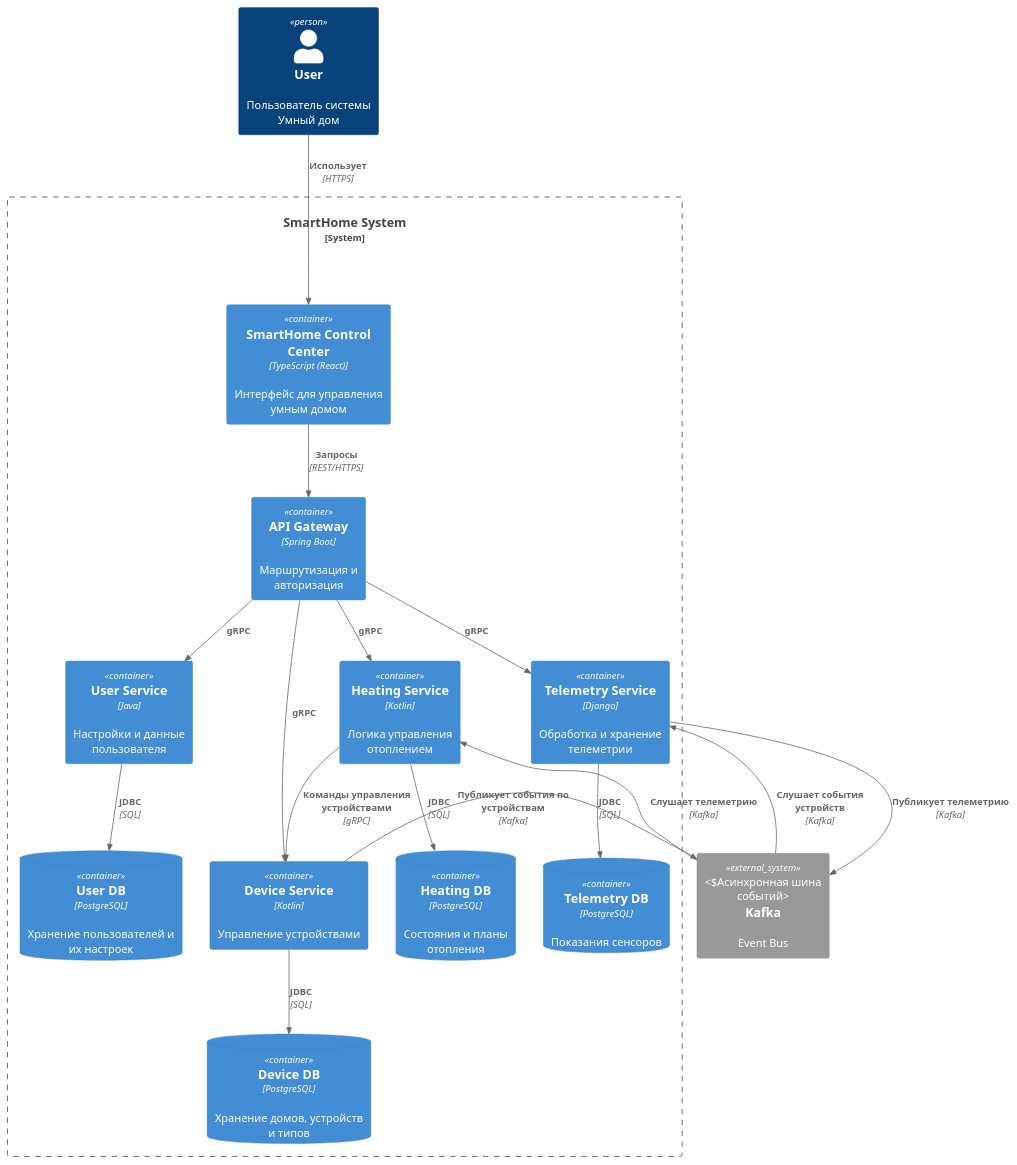
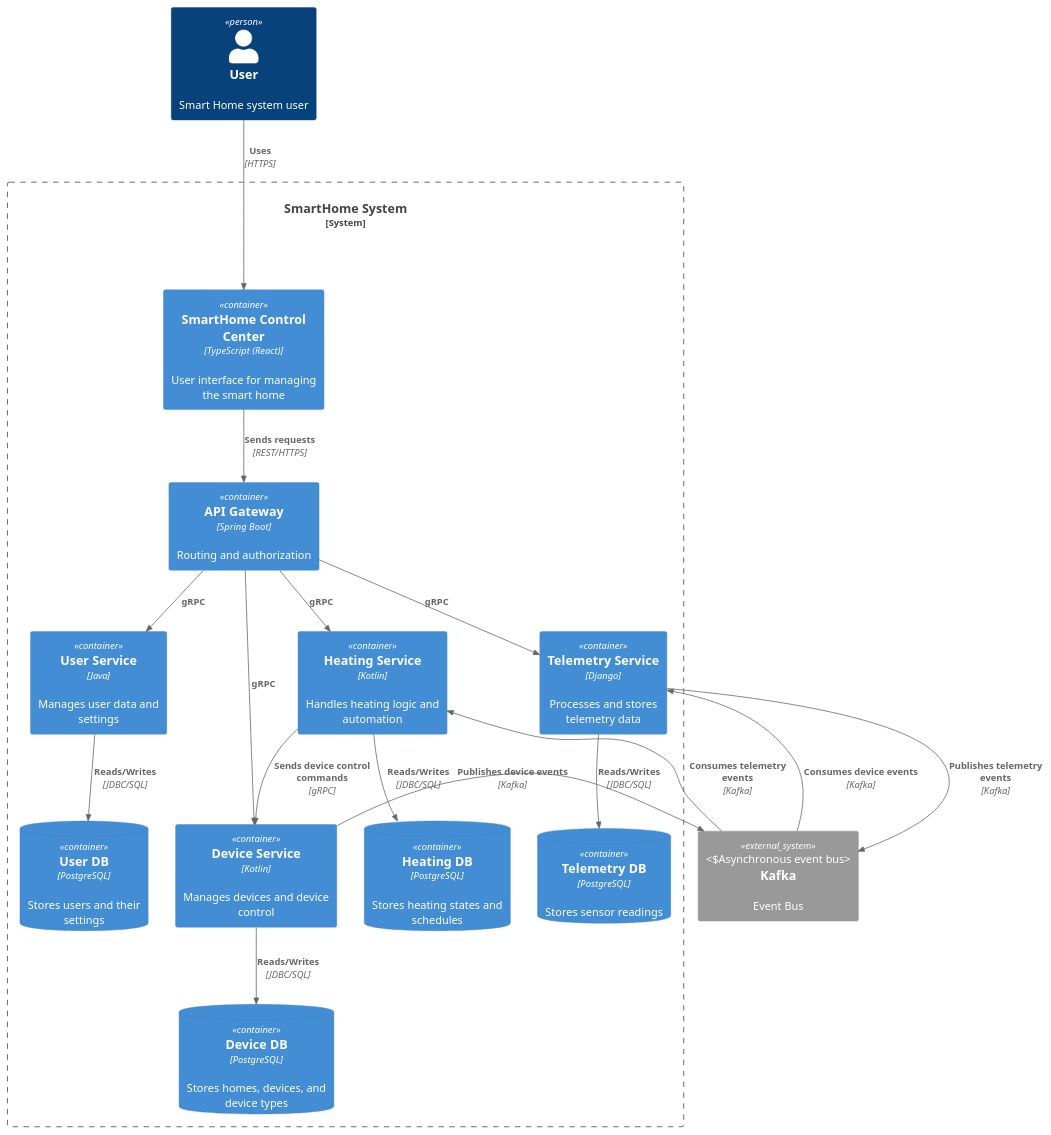
Before and after one commit to vladislavego/architecture-warmhouse: the diagram in docs/diagrams/container/WarmHouse_Container.puml, drawn with PlantUML. The commit also changed 13 other files, not shown here.

```diff
--- a/docs/diagrams/container/WarmHouse_Container.puml
+++ b/docs/diagrams/container/WarmHouse_Container.puml
@@ -1,47 +1,46 @@
 @startuml Warmhouse_Container
 !includeurl https://raw.githubusercontent.com/plantuml-stdlib/C4-PlantUML/master/C4_Container.puml
 
-Person(user, "User", "Пользователь системы Умный дом")
+Person(user, "User", "Smart Home system user")
 
 System_Boundary(warmhouse, "SmartHome System") {
 
-    Container(frontend, "SmartHome Control Center", "TypeScript (React)", "Интерфейс для управления умным домом")
+    Container(frontend, "SmartHome Control Center", "TypeScript (React)", "User interface for managing the smart home")
 
-    Container(api, "API Gateway", "Spring Boot", "Маршрутизация и авторизация")
+    Container(api, "API Gateway", "Spring Boot", "Routing and authorization")
 
-    Container(userService, "User Service", "Java", "Настройки и данные пользователя")
-    Container(deviceService, "Device Service", "Kotlin", "Управление устройствами")
-    Container(heatingService, "Heating Service", "Kotlin", "Логика управления отоплением")
-    Container(telemetryService, "Telemetry Service", "Django", "Обработка и хранение телеметрии")
+    Container(userService, "User Service", "Java", "Manages user data and settings")
+    Container(deviceService, "Device Service", "Kotlin", "Manages devices and device control")
+    Container(heatingService, "Heating Service", "Kotlin", "Handles heating logic and automation")
+    Container(telemetryService, "Telemetry Service", "Django", "Processes and stores telemetry data")
 
-    ContainerDb(userDb, "User DB", "PostgreSQL", "Хранение пользователей и их настроек")
-    ContainerDb(deviceDb, "Device DB", "PostgreSQL", "Хранение домов, устройств и типов")
-    ContainerDb(heatingDb, "Heating DB", "PostgreSQL", "Состояния и планы отопления")
-    ContainerDb(telemetryDb, "Telemetry DB", "PostgreSQL", "Показания сенсоров")
+    ContainerDb(userDb, "User DB", "PostgreSQL", "Stores users and their settings")
+    ContainerDb(deviceDb, "Device DB", "PostgreSQL", "Stores homes, devices, and device types")
+    ContainerDb(heatingDb, "Heating DB", "PostgreSQL", "Stores heating states and schedules")
+    ContainerDb(telemetryDb, "Telemetry DB", "PostgreSQL", "Stores sensor readings")
 }
 
-System_Ext(kafka, "Kafka", "Event Bus", "Асинхронная шина событий")
+System_Ext(kafka, "Kafka", "Event Bus", "Asynchronous event bus")
 
-Rel(user, frontend, "Использует", "HTTPS")
-Rel(frontend, api, "Запросы", "REST/HTTPS")
-
+Rel(user, frontend, "Uses", "HTTPS")
+Rel(frontend, api, "Sends requests", "REST/HTTPS")
 
 Rel(api, userService, "gRPC")
 Rel(api, deviceService, "gRPC")
 Rel(api, heatingService, "gRPC")
 Rel(api, telemetryService, "gRPC")
 
-Rel(heatingService, deviceService, "Команды управления устройствами", "gRPC")
+Rel(heatingService, deviceService, "Sends device control commands", "gRPC")
 
-Rel(userService, userDb, "JDBC", "SQL")
-Rel(deviceService, deviceDb, "JDBC", "SQL")
-Rel(heatingService, heatingDb, "JDBC", "SQL")
-Rel(telemetryService, telemetryDb, "JDBC", "SQL")
+Rel(userService, userDb, "Reads/Writes", "JDBC/SQL")
+Rel(deviceService, deviceDb, "Reads/Writes", "JDBC/SQL")
+Rel(heatingService, heatingDb, "Reads/Writes", "JDBC/SQL")
+Rel(telemetryService, telemetryDb, "Reads/Writes", "JDBC/SQL")
 
-Rel(telemetryService, kafka, "Публикует телеметрию", "Kafka")
-Rel(deviceService, kafka, "Публикует события по устройствам", "Kafka")
+Rel(telemetryService, kafka, "Publishes telemetry events", "Kafka")
+Rel(deviceService, kafka, "Publishes device events", "Kafka")
 
-Rel(kafka, telemetryService, "Слушает события устройств", "Kafka")
-Rel(kafka, heatingService, "Слушает телеметрию", "Kafka")
+Rel(kafka, telemetryService, "Consumes device events", "Kafka")
+Rel(kafka, heatingService, "Consumes telemetry events", "Kafka")
 
 @enduml
```
